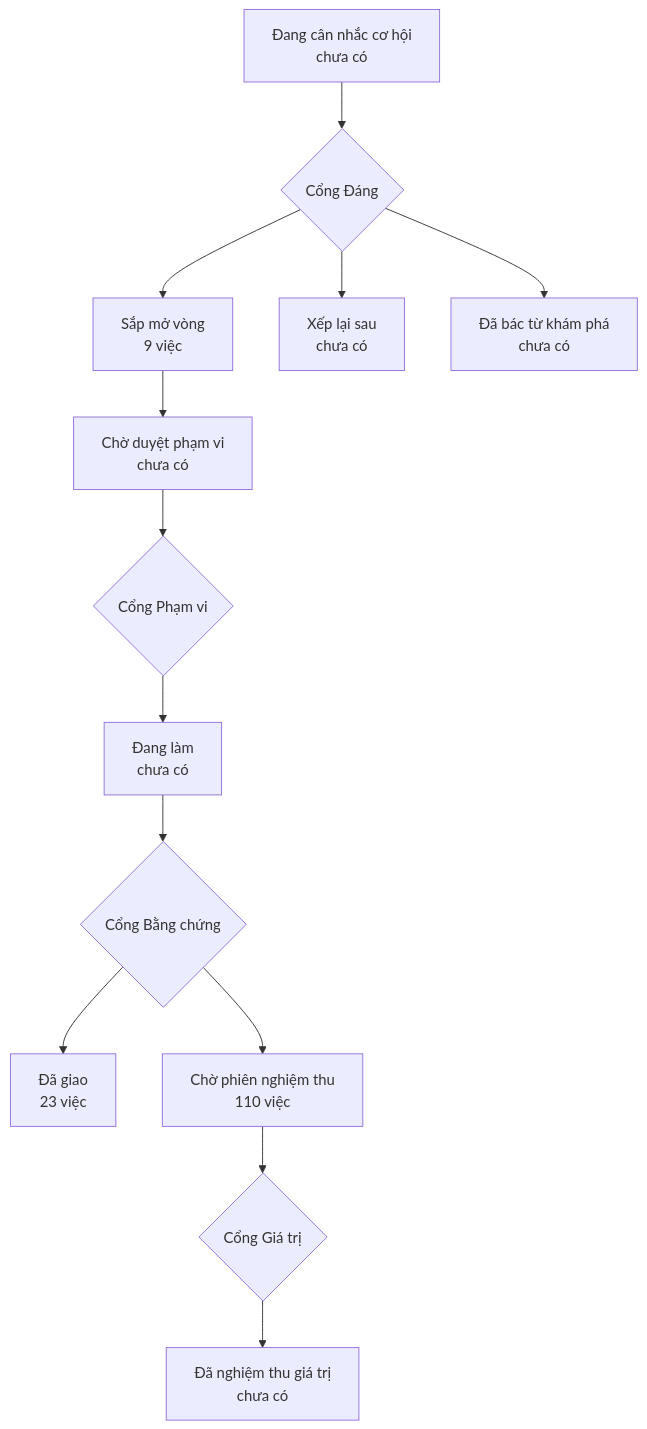
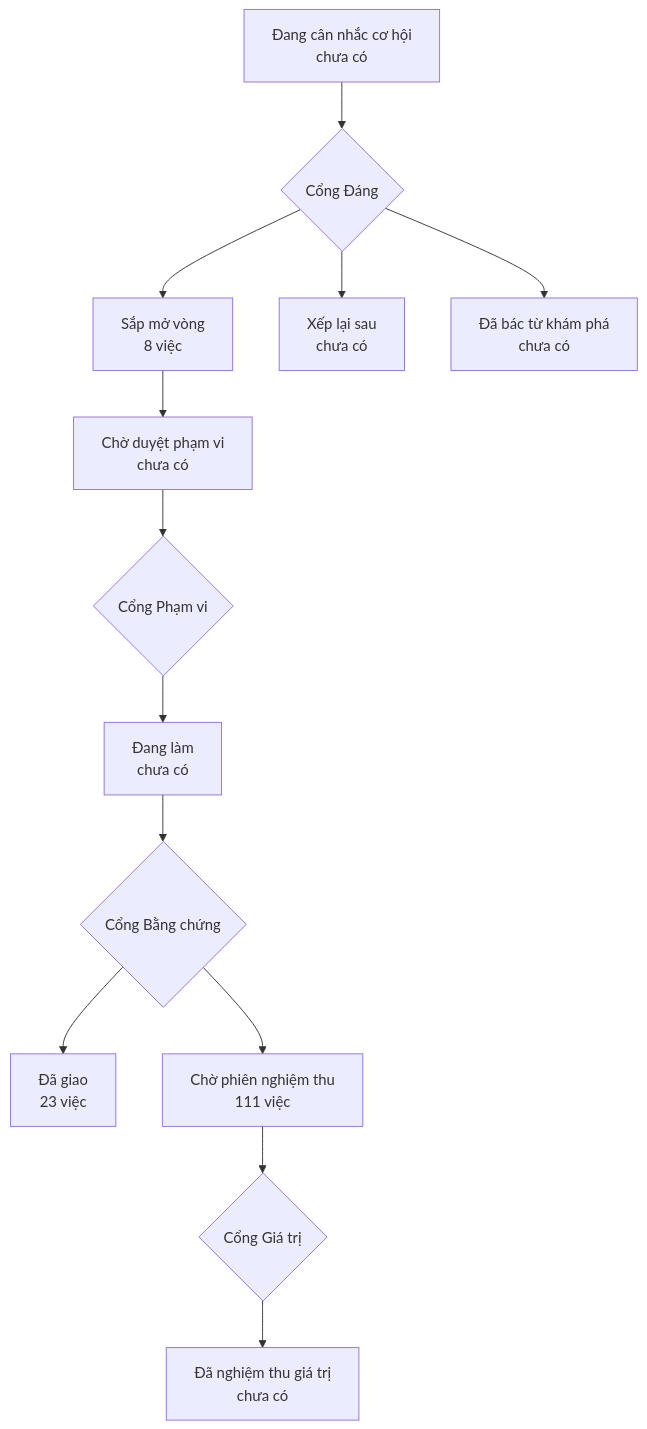
One commit to phanlemanh/onehub-quy-hang changed the diagram in PRODUCT-MAP.md. Above: the diagram before and after it, drawn with Mermaid. The commit also changed other lines of this file and 1 other file, not shown here.

Commit message:
chore: vẽ lại bản đồ và lộ trình sau gộp main

````diff
--- a/PRODUCT-MAP.md
+++ b/PRODUCT-MAP.md
@@ -7,12 +7,12 @@
 ```mermaid
 flowchart TD
   A["Đang cân nhắc cơ hội<br/>chưa có"] --> GD{"Cổng Đáng"}
-  GD --> B["Sắp mở vòng<br/>9 việc"]
+  GD --> B["Sắp mở vòng<br/>8 việc"]
   GD --> XL["Xếp lại sau<br/>chưa có"]
   GD --> DB["Đã bác từ khám phá<br/>chưa có"]
   B --> CD["Chờ duyệt phạm vi<br/>chưa có"] --> GP{"Cổng Phạm vi"}
   GP --> DL["Đang làm<br/>chưa có"] --> GB{"Cổng Bằng chứng"}
   GB --> DG["Đã giao<br/>23 việc"]
-  GB --> CN["Chờ phiên nghiệm thu<br/>110 việc"] --> GG{"Cổng Giá trị"}
+  GB --> CN["Chờ phiên nghiệm thu<br/>111 việc"] --> GG{"Cổng Giá trị"}
   GG --> NT["Đã nghiệm thu giá trị<br/>chưa có"]
 ```
````
